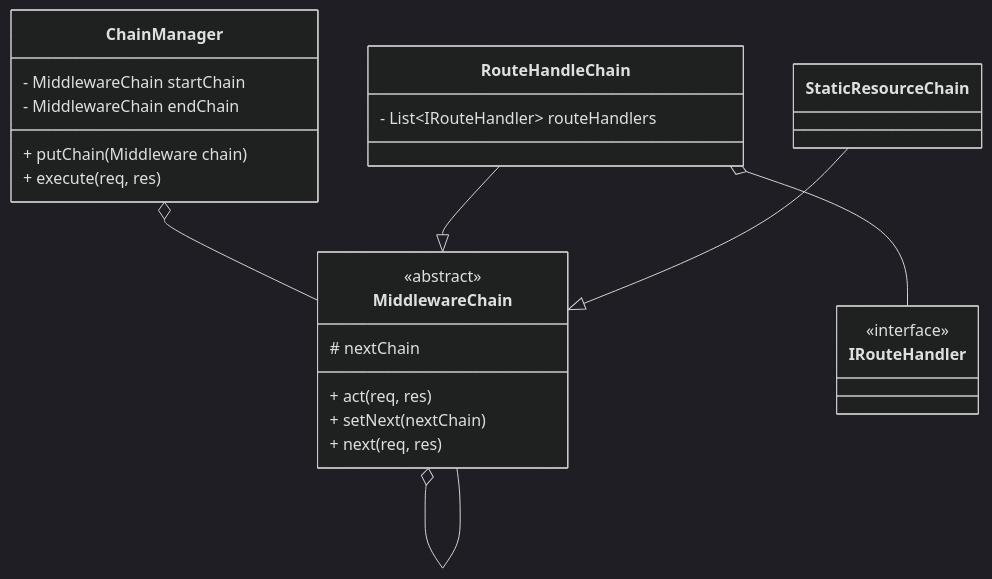
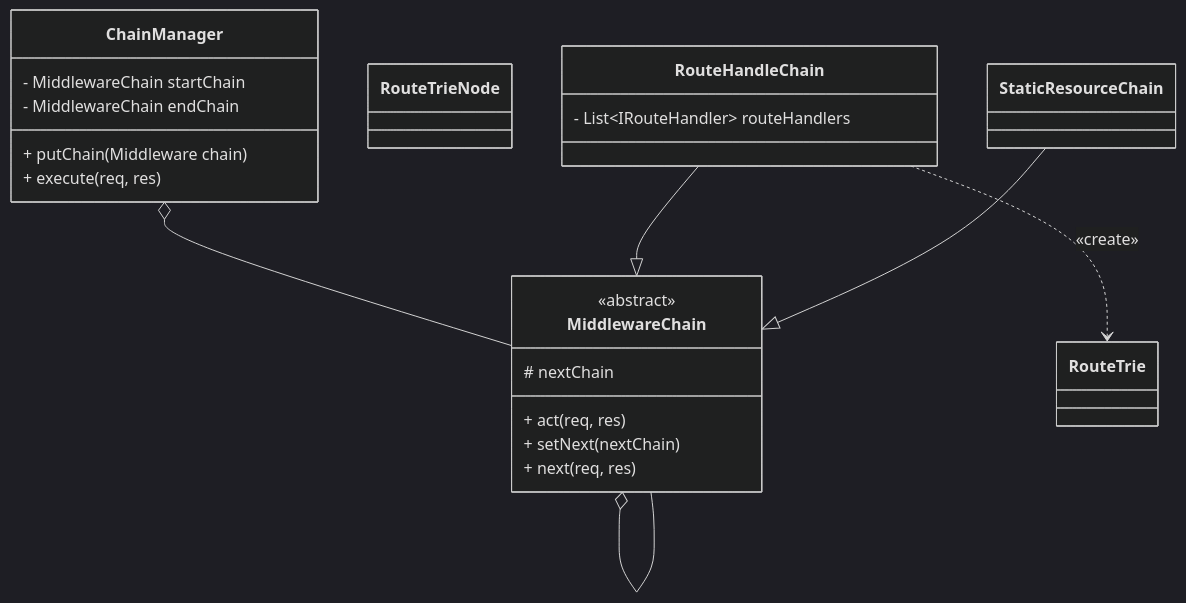
One commit to softeerbootcamp4th/be-was-2024 changed the second of 4 diagrams in README.md. Above: the diagram before and after it, drawn with Mermaid (dark theme). The commit also changed other lines of this file, not shown here.

````diff
--- a/README.md
+++ b/README.md
@@ -86,33 +86,33 @@
 ```mermaid
 classDiagram
     class ChainManager {
         - MiddlewareChain startChain
         - MiddlewareChain endChain
         
         + putChain(Middleware chain)
         + execute(req, res)
     }
     ChainManager o-- MiddlewareChain
     
     class MiddlewareChain {
         <<abstract>>
         # nextChain
         + act(req, res)
         + setNext(nextChain)
         + next(req, res)
     }
     MiddlewareChain o-- MiddlewareChain
+
+    class RouteTrie
+    class RouteTrieNode
     
     class RouteHandleChain {
         - List&lt;IRouteHandler&gt; routeHandlers
         
     }
-    RouteHandleChain o-- IRouteHandler
+    RouteHandleChain  ..>  RouteTrie : «create»
+   
     RouteHandleChain --|> MiddlewareChain
     StaticResourceChain --|> MiddlewareChain
     
-    class IRouteHandler {
-        <<interface>>
-    }
-    
 ```
````
